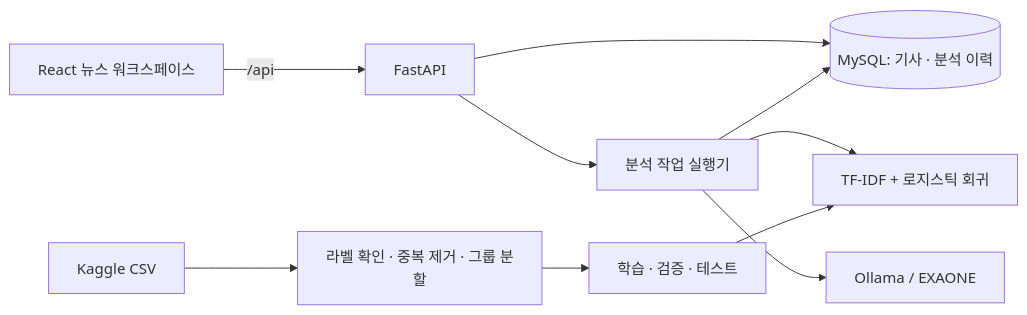
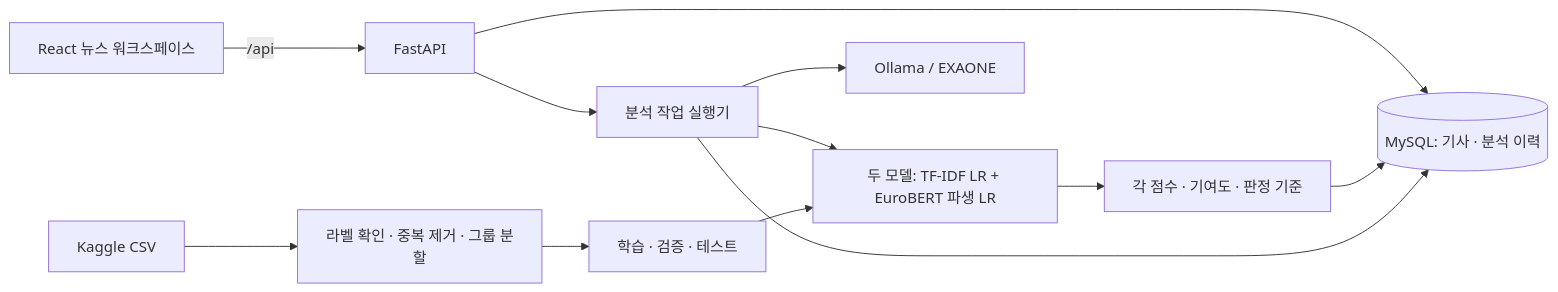
One commit to An1207/Fake_News-By-Kaggle changed the diagram in README.md. Above: the diagram before and after it, drawn with Mermaid. The commit also changed other lines of this file and 31 other files, not shown here.

Commit message:
feat: add EuroBERT classifier and dual-model prediction explanations

````diff
--- a/README.md
+++ b/README.md
@@ -32,12 +34,14 @@
 ```mermaid
 flowchart LR
     UI[React 뉴스 워크스페이스] -->|/api| API[FastAPI]
     API --> DB[(MySQL: 기사 · 분석 이력)]
     API --> Jobs[분석 작업 실행기]
-    Jobs --> Classifier[TF-IDF + 로지스틱 회귀]
+    Jobs --> Classifier[두 모델: TF-IDF LR + EuroBERT 파생 LR]
+    Classifier --> Evidence[각 점수 · 기여도 · 판정 기준]
+    Evidence --> DB
     Jobs --> Ollama[Ollama / EXAONE]
     Jobs --> DB
     Kaggle[Kaggle CSV] --> Prepare[라벨 확인 · 중복 제거 · 그룹 분할]
     Prepare --> Train[학습 · 검증 · 테스트]
     Train --> Classifier
 ```
````
